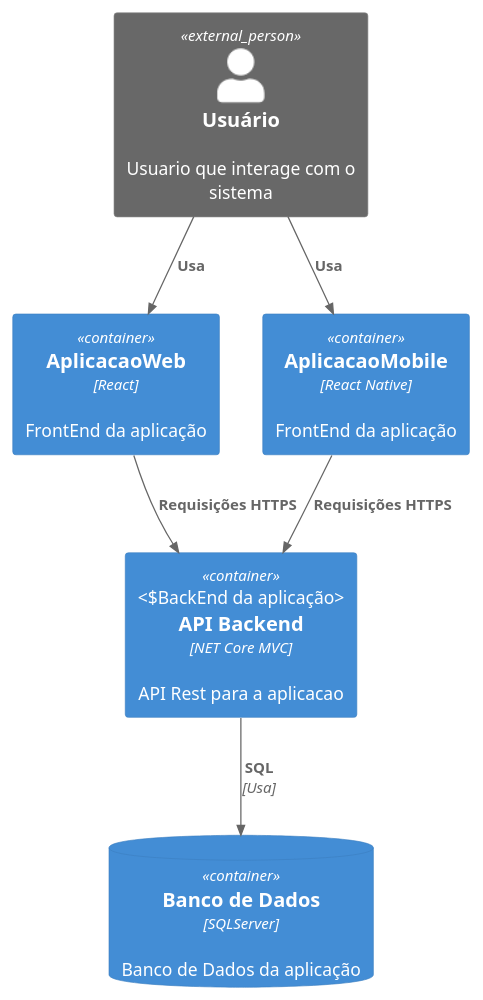
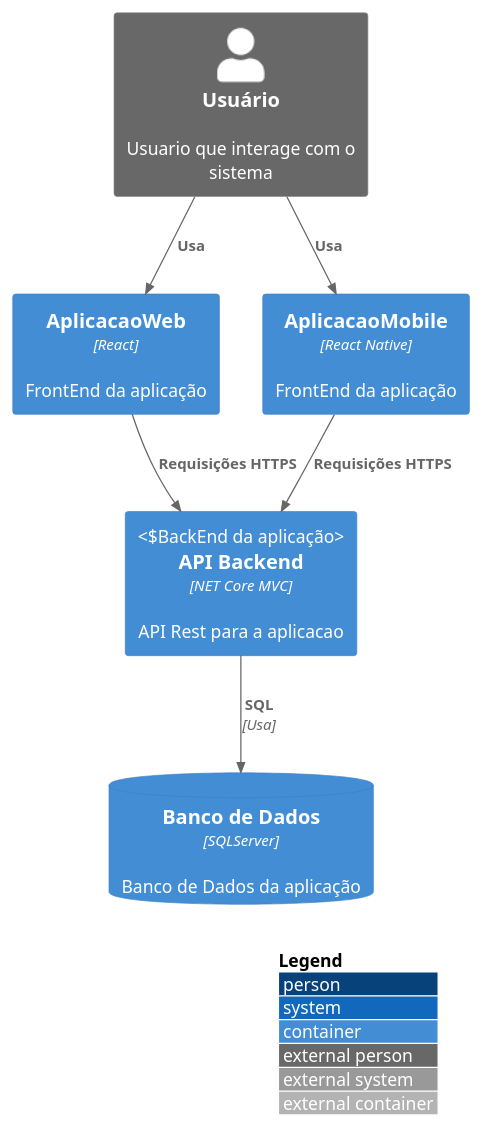
Before and after one commit to samoryfiotec/C4: the diagram in CPrincipais/Container.puml, drawn with PlantUML. The commit also changed 1 other file, not shown here.

Commit message:
Adiciona LAYOUT_WITH_LEGEND() nos diagramas Container e Contexto

```diff
--- a/CPrincipais/Container.puml
+++ b/CPrincipais/Container.puml
@@ -1,16 +1,18 @@
 @startuml AplicacaoContainer
 !includeurl https://raw.githubusercontent.com/plantuml-stdlib/C4-PlantUML/master/C4_Container.puml
+
+LAYOUT_WITH_LEGEND()
 
 Person_Ext(usuario, "Usuário", "Usuario que interage com o sistema")
 Container(webapp, "AplicacaoWeb", "React", "FrontEnd da aplicação")
 Container(mobileapp, "AplicacaoMobile", "React Native", "FrontEnd da aplicação")
 Container(api, "API Backend", "NET Core MVC", "API Rest para a aplicacao", "BackEnd da aplicação")
 ContainerDb(database, "Banco de Dados", "SQLServer", "Banco de Dados da aplicação")
 
 Rel(usuario, webapp, "Usa")
 Rel(usuario, mobileapp, "Usa")
 Rel(webapp, api, "Requisições HTTPS")
 Rel(mobileapp, api, "Requisições HTTPS")
 Rel(api, database, "SQL", "Usa")
 
 @enduml
```
